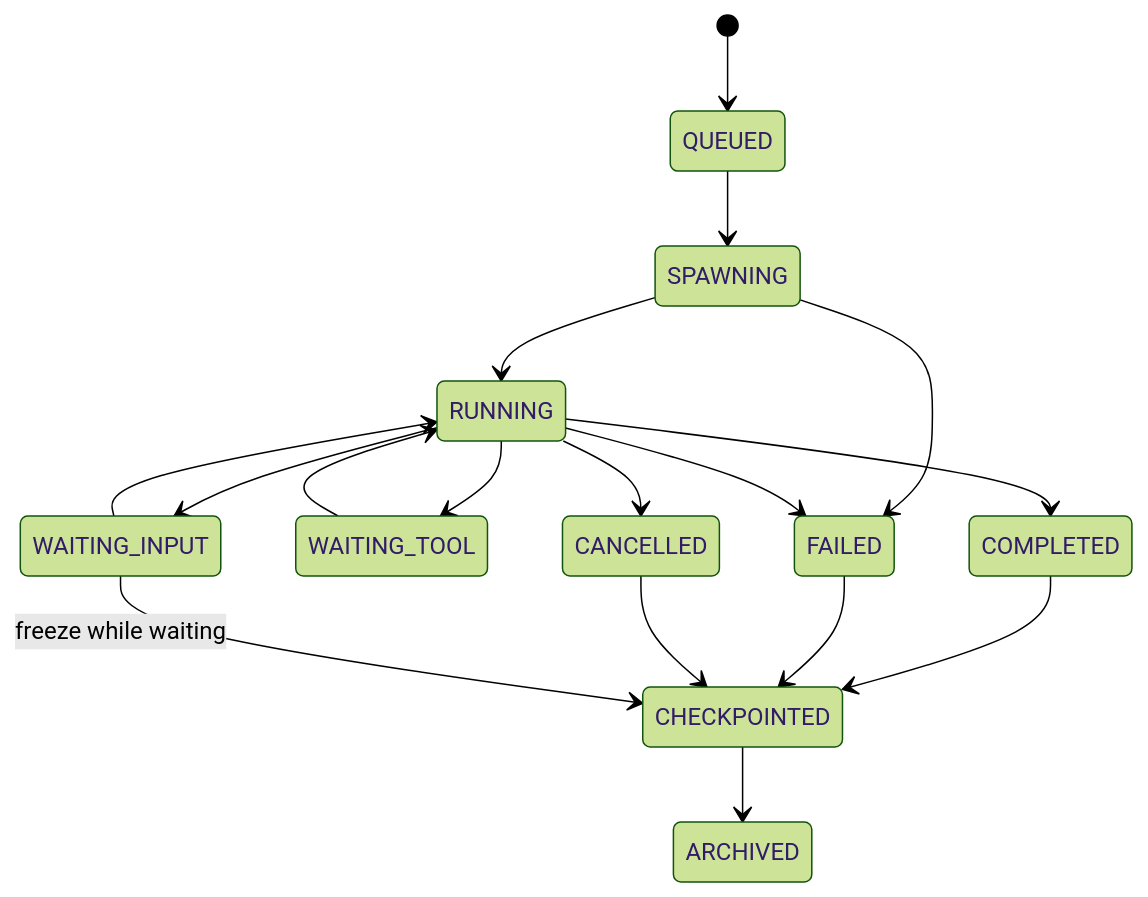
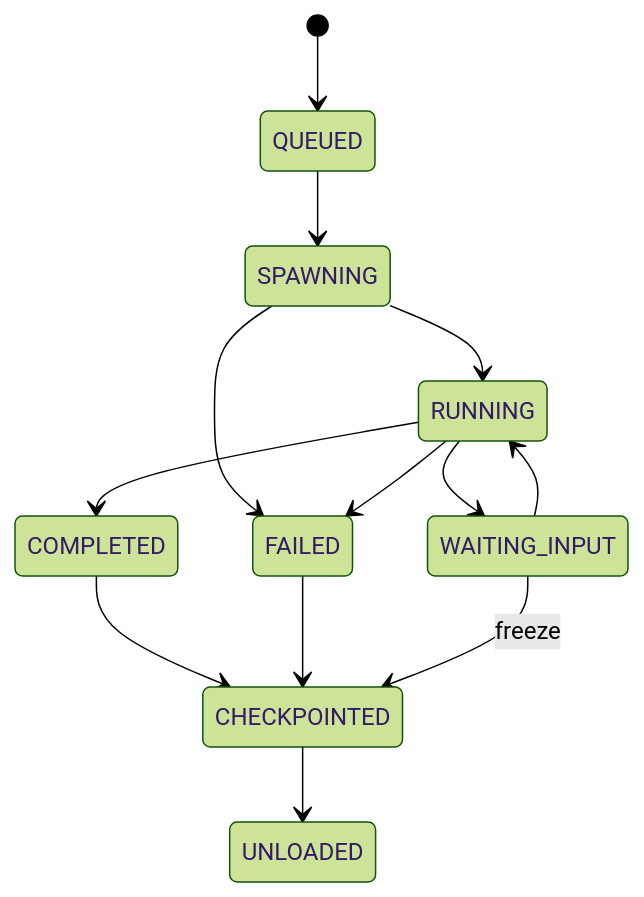
The second of 2 diagrams in docs/lifecycle-persistence.md (liuchuang164/AgentNest), drawn with Mermaid (forest theme) before and after one commit. The commit also changed other lines of this file, not shown here.

````diff
--- a/docs/lifecycle-persistence.md
+++ b/docs/lifecycle-persistence.md
@@ -137,19 +122,15 @@
 ```mermaid
 stateDiagram-v2
     [*] --> QUEUED
     QUEUED --> SPAWNING
     SPAWNING --> RUNNING
     SPAWNING --> FAILED
-    RUNNING --> WAITING_TOOL
-    WAITING_TOOL --> RUNNING
+    RUNNING --> COMPLETED
+    RUNNING --> FAILED
     RUNNING --> WAITING_INPUT
     WAITING_INPUT --> RUNNING
-    RUNNING --> COMPLETED
-    RUNNING --> FAILED
-    RUNNING --> CANCELLED
     COMPLETED --> CHECKPOINTED
     FAILED --> CHECKPOINTED
-    CANCELLED --> CHECKPOINTED
-    WAITING_INPUT --> CHECKPOINTED: freeze while waiting
-    CHECKPOINTED --> ARCHIVED
+    WAITING_INPUT --> CHECKPOINTED: freeze
+    CHECKPOINTED --> UNLOADED
 ```
````
